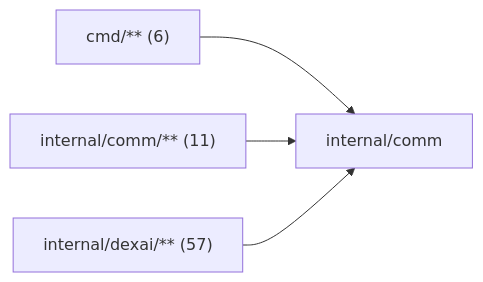
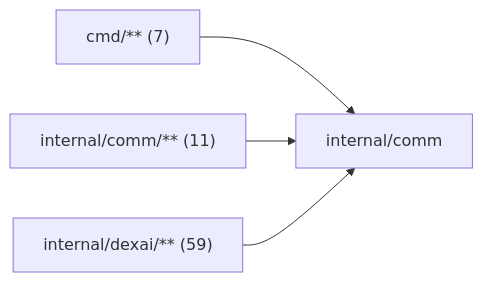
Before and after one commit to superdurable/superverse: the diagram in internal/comm/README.md, drawn with Mermaid. The commit also changed other lines of this file and 145 other files, not shown here.

````diff
--- a/internal/comm/README.md
+++ b/internal/comm/README.md
@@ -10,7 +10,7 @@
 ```mermaid
 flowchart LR
   self["internal/comm"]
-  c0["cmd/** (6)"] --> self
+  c0["cmd/** (7)"] --> self
   c1["internal/comm/** (11)"] --> self
-  c2["internal/dexai/** (57)"] --> self
+  c2["internal/dexai/** (59)"] --> self
 ```
````
